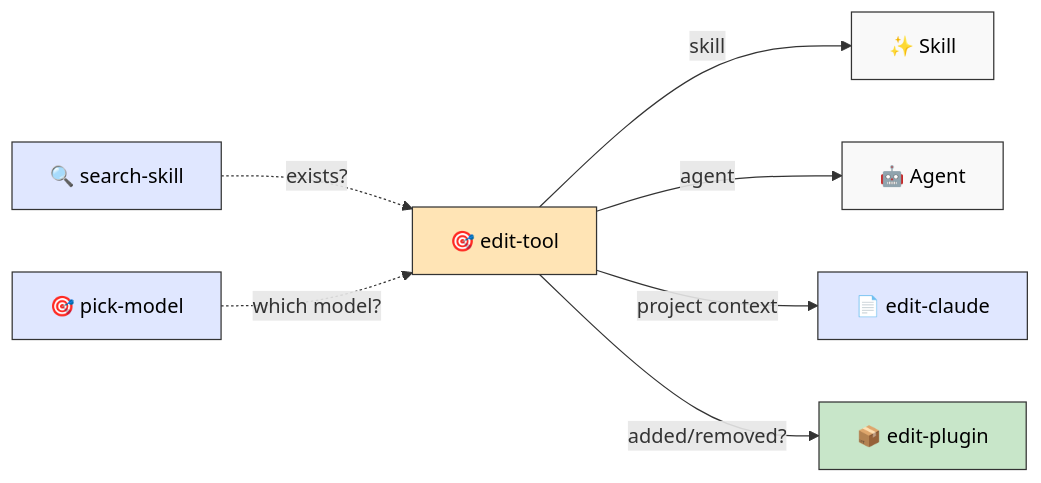
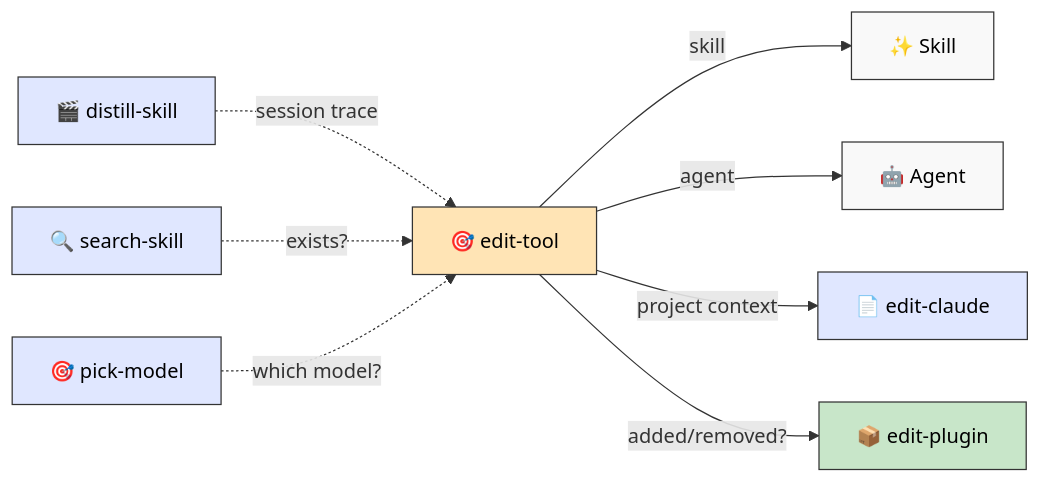
Before and after one commit to digital-stoic-org/agent-skills: the eighth of 8 diagrams in README-full.md, drawn with Mermaid. The commit also changed other lines of this file and 6 other files, not shown here.

First line of the commit message:
feat(dstoic): add distill-skill — record session trace and distill into reusable skill, v0.34.0

````diff
--- a/README-full.md
+++ b/README-full.md
@@ -369,20 +369,21 @@
 ```mermaid
 flowchart LR
-    search["🔍 search-skill"] -.->|"exists?"| edit["🎯 edit-tool"]
+    distill["🎬 distill-skill"] -.->|"session trace"| edit["🎯 edit-tool"]
+    search["🔍 search-skill"] -.->|"exists?"| edit
     edit -->|"skill"| skill["✨ Skill"]
     edit -->|"agent"| agent["🤖 Agent"]
     edit -->|"project context"| claude["📄 edit-claude"]
 
     pick["🎯 pick-model"] -.->|"which model?"| edit
 
     edit -->|"added/removed?"| plugin["📦 edit-plugin"]
 
     classDef router fill:#FFE4B5,stroke:#333,color:#000
     classDef output fill:#f9f9f9,stroke:#333,color:#000
     classDef support fill:#E0E7FF,stroke:#333,color:#000
     classDef post fill:#C8E6C9,stroke:#333,color:#000
     class edit router
     class skill,agent output
-    class claude,search,pick support
+    class claude,search,pick,distill support
     class plugin post
 ```
````
